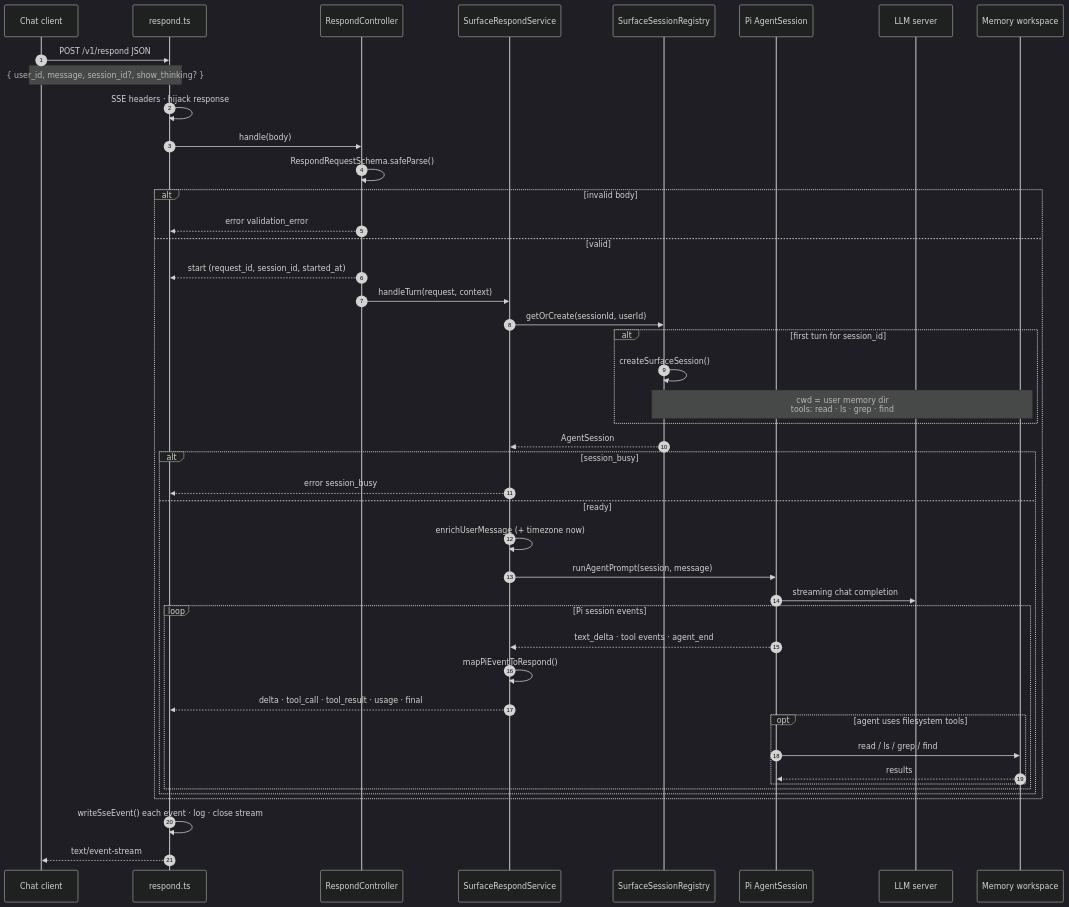
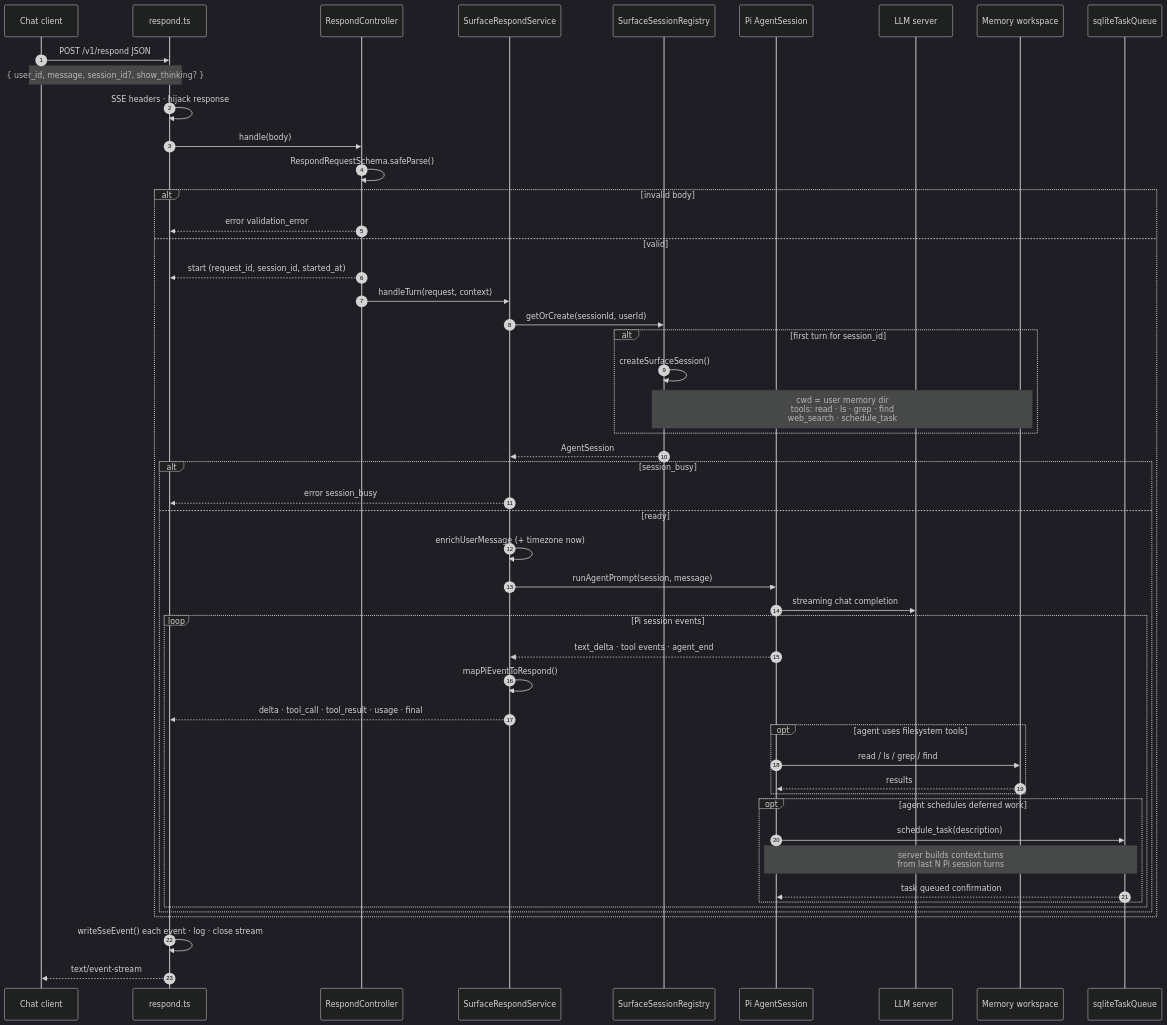
The diagram in docs/repo-flow/02-request-flow.mmd (txchin0/pi-llm), drawn with Mermaid (dark theme) before and after one commit. The commit also changed other lines of this file and 29 other files, not shown here.

```diff
--- a/docs/repo-flow/02-request-flow.mmd
+++ b/docs/repo-flow/02-request-flow.mmd
@@ -1,53 +1,117 @@
-sequenceDiagram 
+sequenceDiagram
+
   %% Request flow — one chat turn end-to-end
+
   autonumber
+
   participant Client as Chat client
+
   participant Route as respond.ts
+
   participant Ctrl as RespondController
+
   participant Svc as SurfaceRespondService
+
   participant Reg as SurfaceSessionRegistry
+
   participant Pi as Pi AgentSession
+
   participant LLM as LLM server
+
   participant FS as Memory workspace
 
+  participant Queue as sqliteTaskQueue
+
+
+
   Client->>Route: POST /v1/respond JSON
+
   Note over Client,Route: { user_id, message, session_id?, show_thinking? }
 
+
+
   Route->>Route: SSE headers · hijack response
+
   Route->>Ctrl: handle(body)
 
+
+
   Ctrl->>Ctrl: RespondRequestSchema.safeParse()
+
   alt invalid body
+
     Ctrl-->>Route: error validation_error
+
   else valid
+
     Ctrl-->>Route: start (request_id, session_id, started_at)
+
     Ctrl->>Svc: handleTurn(request, context)
 
+
+
     Svc->>Reg: getOrCreate(sessionId, userId)
+
     alt first turn for session_id
+
       Reg->>Reg: createSurfaceSession()
-      Note over Reg,FS: cwd = user memory dir<br/>tools: read · ls · grep · find
+
+      Note over Reg,FS: cwd = user memory dir<br/>tools: read · ls · grep · find<br/>web_search · schedule_task
+
     end
+
     Reg-->>Svc: AgentSession
 
+
+
     alt session_busy
+
       Svc-->>Route: error session_busy
+
     else ready
+
       Svc->>Svc: enrichUserMessage (+ timezone now)
+
       Svc->>Pi: runAgentPrompt(session, message)
+
       Pi->>LLM: streaming chat completion
 
+
+
       loop Pi session events
+
         Pi-->>Svc: text_delta · tool events · agent_end
+
         Svc->>Svc: mapPiEventToRespond()
+
         Svc-->>Route: delta · tool_call · tool_result · usage · final
+
         opt agent uses filesystem tools
+
           Pi->>FS: read / ls / grep / find
+
           FS-->>Pi: results
+
         end
+
+        opt agent schedules deferred work
+
+          Pi->>Queue: schedule_task(description)
+
+          Note over Pi,Queue: server builds context.turns<br/>from last N Pi session turns
+
+          Queue-->>Pi: task queued confirmation
+
+        end
+
       end
+
     end
+
   end
 
+
+
   Route->>Route: writeSseEvent() each event · log · close stream
+
   Route-->>Client: text/event-stream
```
